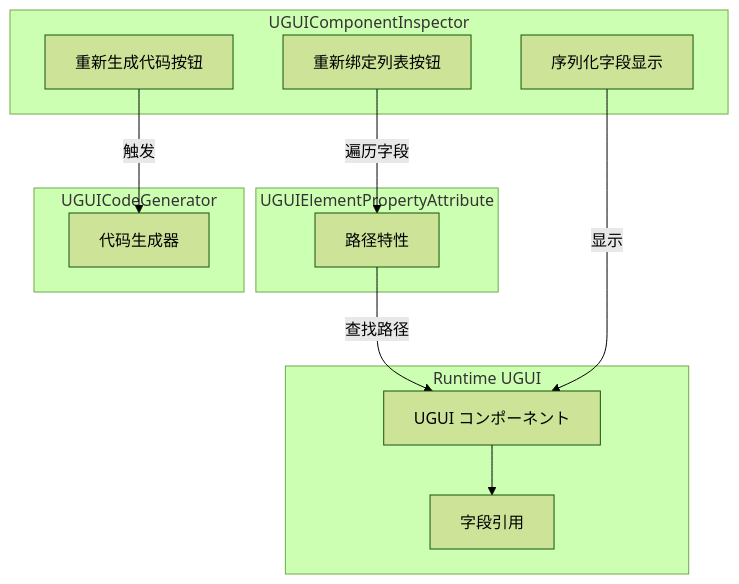
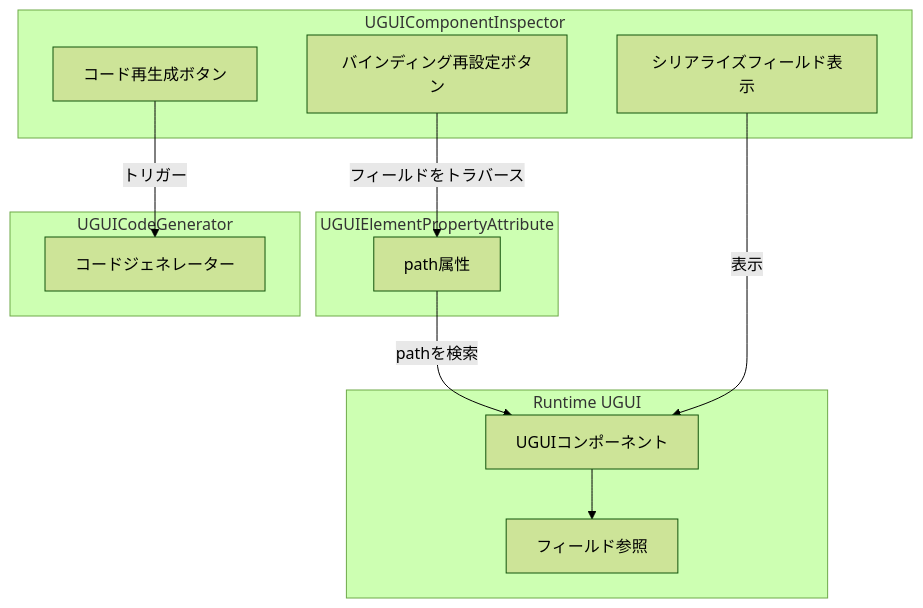
One commit to AlianBlank/GameFrameX.Docs changed the first of 2 diagrams in docs/ja/client/unity/component/ui-ugui/11.inspector.md. Above: the diagram before and after it, drawn with Mermaid (forest theme). The commit also changed other lines of this file and 320 other files, not shown here.

````diff
--- a/docs/ja/client/unity/component/ui-ugui/11.inspector.md
+++ b/docs/ja/client/unity/component/ui-ugui/11.inspector.md
@@ -29,27 +29,27 @@
 ```mermaid
 graph TD
     subgraph Inspector["UGUIComponentInspector"]
-        Btn1["重新生成代码按钮"]
-        Btn2["重新绑定列表按钮"]
-        Fields["序列化字段显示"]
+        Btn1["コード再生成ボタン"]
+        Btn2["バインディング再設定ボタン"]
+        Fields["シリアライズフィールド表示"]
     end
 
     subgraph Attribute["UGUIElementPropertyAttribute"]
-        Attr["路径特性"]
+        Attr["path属性"]
     end
 
     subgraph Generator["UGUICodeGenerator"]
-        GenCode["代码生成器"]
+        GenCode["コードジェネレーター"]
     end
 
     subgraph Runtime["Runtime UGUI"]
-        UGUIComp["UGUI コンポーネント"]
-        FieldsRef["字段引用"]
+        UGUIComp["UGUIコンポーネント"]
+        FieldsRef["フィールド参照"]
     end
 
-    Btn1 -->|触发| GenCode
-    Btn2 -->|遍历字段| Attr
-    Attr -->|查找路径| UGUIComp
+    Btn1 -->|トリガー| GenCode
+    Btn2 -->|フィールドをトラバース| Attr
+    Attr -->|pathを検索| UGUIComp
     UGUIComp --> FieldsRef
-    Fields -->|显示| UGUIComp
+    Fields -->|表示| UGUIComp
 ```
````
